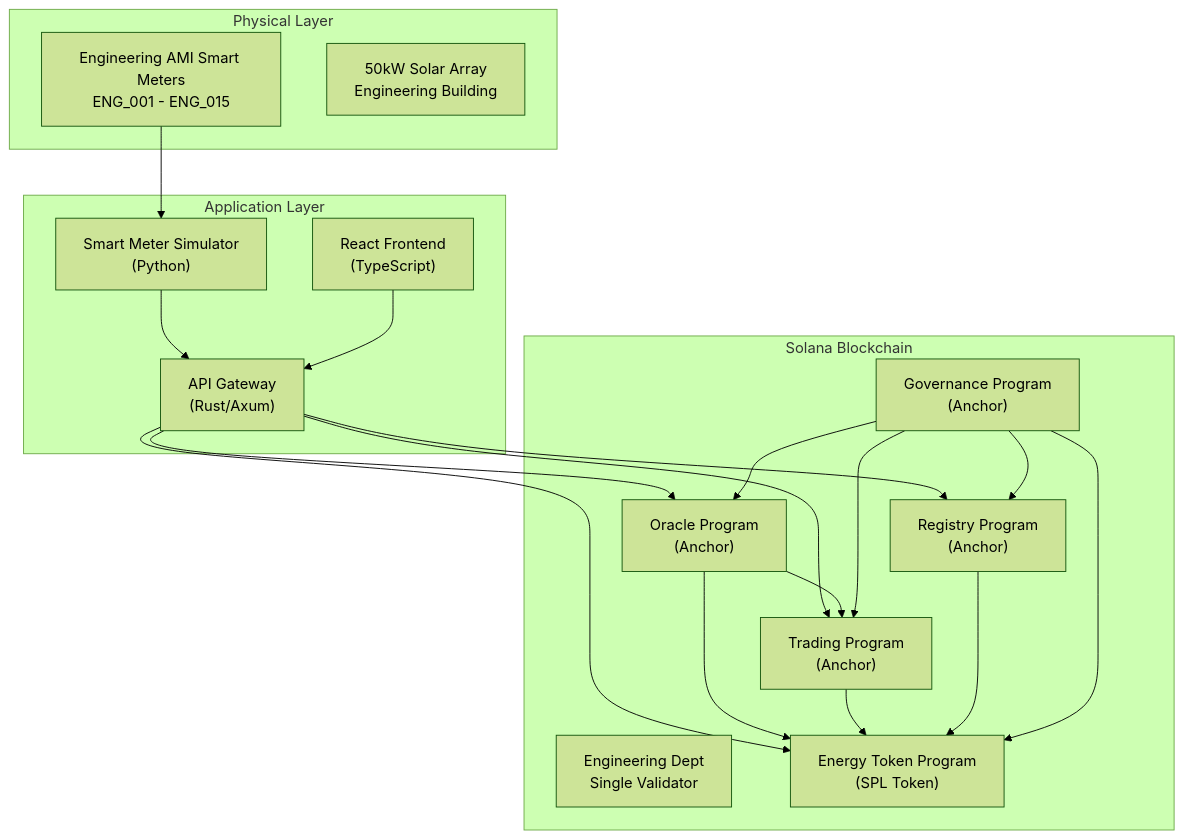
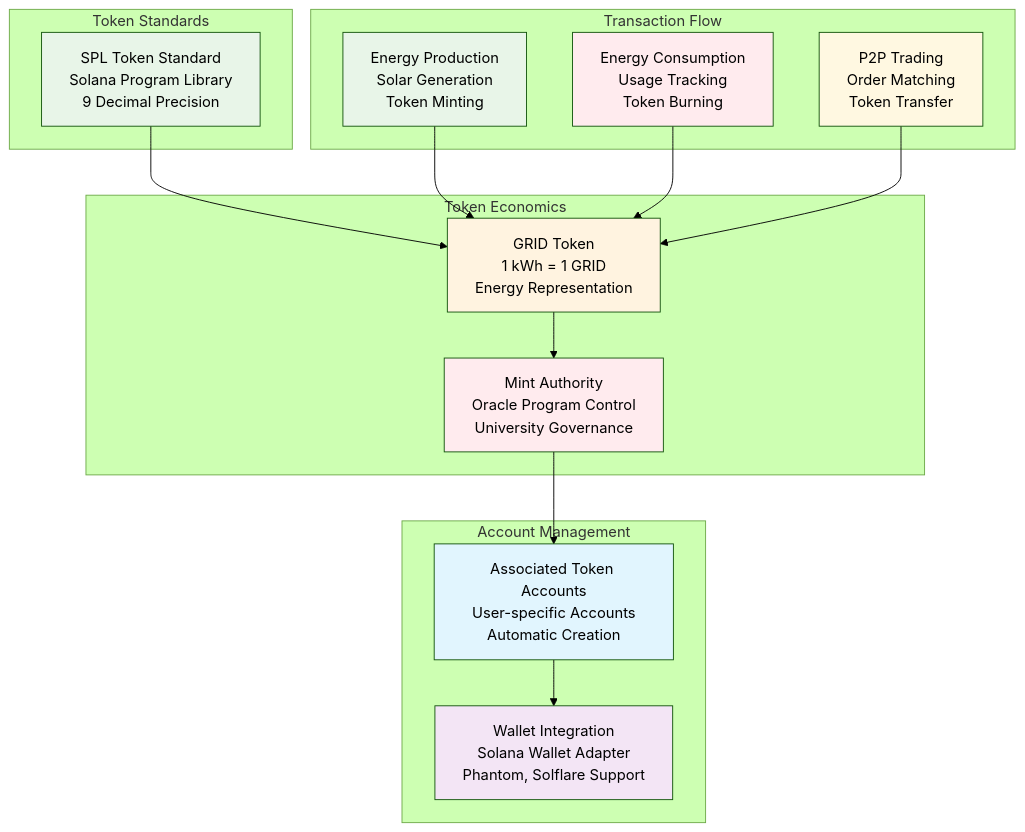
One commit to NakaSato/p2p changed the ninth of 9 diagrams in docs/PROJECT_PROPOSAL.md. Above: the diagram before and after it, drawn with Mermaid (forest theme). The commit also changed other lines of this file and 2 other files, not shown here.

````diff
--- a/docs/PROJECT_PROPOSAL.md
+++ b/docs/PROJECT_PROPOSAL.md
@@ -182,38 +943,40 @@
 ```mermaid
-graph TD
-    subgraph "Physical Layer"
-        AMI["Engineering AMI Smart Meters<br/>ENG_001 - ENG_015"]
-        Solar["50kW Solar Array<br/>Engineering Building"]
+graph TB
+    subgraph "Token Standards"
+        SPL["SPL Token Standard<br/>Solana Program Library<br/>9 Decimal Precision"]
     end
     
-    subgraph "Application Layer"
-        Sim["Smart Meter Simulator<br/>(Python)"]
-        API["API Gateway<br/>(Rust/Axum)"]
-        Frontend["React Frontend<br/>(TypeScript)"]
+    subgraph "Token Economics"
+        GRID["GRID Token<br/>1 kWh = 1 GRID<br/>Energy Representation"]
+        MINT["Mint Authority<br/>Oracle Program Control<br/>University Governance"]
     end
     
-    subgraph "Solana Blockchain"
-        Validator["Engineering Dept<br/>Single Validator"]
-        Registry["Registry Program<br/>(Anchor)"]
-        Token["Energy Token Program<br/>(SPL Token)"]
-        Trading["Trading Program<br/>(Anchor)"]
-        Oracle["Oracle Program<br/>(Anchor)"]
-        Gov["Governance Program<br/>(Anchor)"]
+    subgraph "Account Management"
+        ATA["Associated Token Accounts<br/>User-specific Accounts<br/>Automatic Creation"]
+        WALLET["Wallet Integration<br/>Solana Wallet Adapter<br/>Phantom, Solflare Support"]
     end
     
-    AMI --> Sim
-    Sim --> API
-    API --> Oracle
-    Frontend --> API
-    API --> Registry
-    API --> Token
-    API --> Trading
-    Oracle --> Token
-    Oracle --> Trading
-    Trading --> Token
-    Registry --> Token
-    Gov --> Registry
-    Gov --> Token
-    Gov --> Trading
-    Gov --> Oracle
+    subgraph "Transaction Flow"
+        PROD["Energy Production<br/>Solar Generation<br/>Token Minting"]
+        CONS["Energy Consumption<br/>Usage Tracking<br/>Token Burning"]
+        TRADE["P2P Trading<br/>Order Matching<br/>Token Transfer"]
+    end
+    
+    SPL --> GRID
+    GRID --> MINT
+    MINT --> ATA
+    ATA --> WALLET
+    
+    PROD --> GRID
+    CONS --> GRID
+    TRADE --> GRID
+    
+    style SPL fill:#e8f5e8,color:#000
+    style GRID fill:#fff3e0,color:#000
+    style MINT fill:#ffebee,color:#000
+    style ATA fill:#e1f5fe,color:#000
+    style WALLET fill:#f3e5f5,color:#000
+    style PROD fill:#e8f5e8,color:#000
+    style CONS fill:#ffebee,color:#000
+    style TRADE fill:#fff8e1,color:#000
 ```
````
